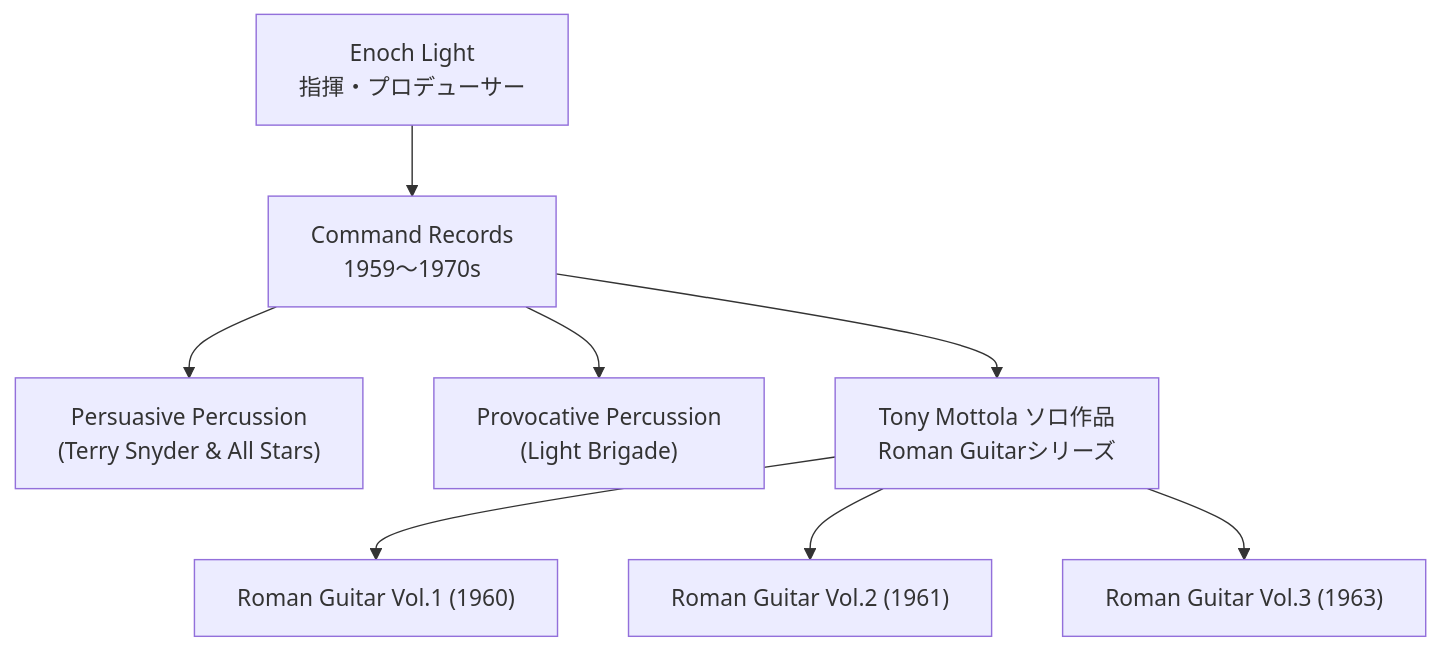
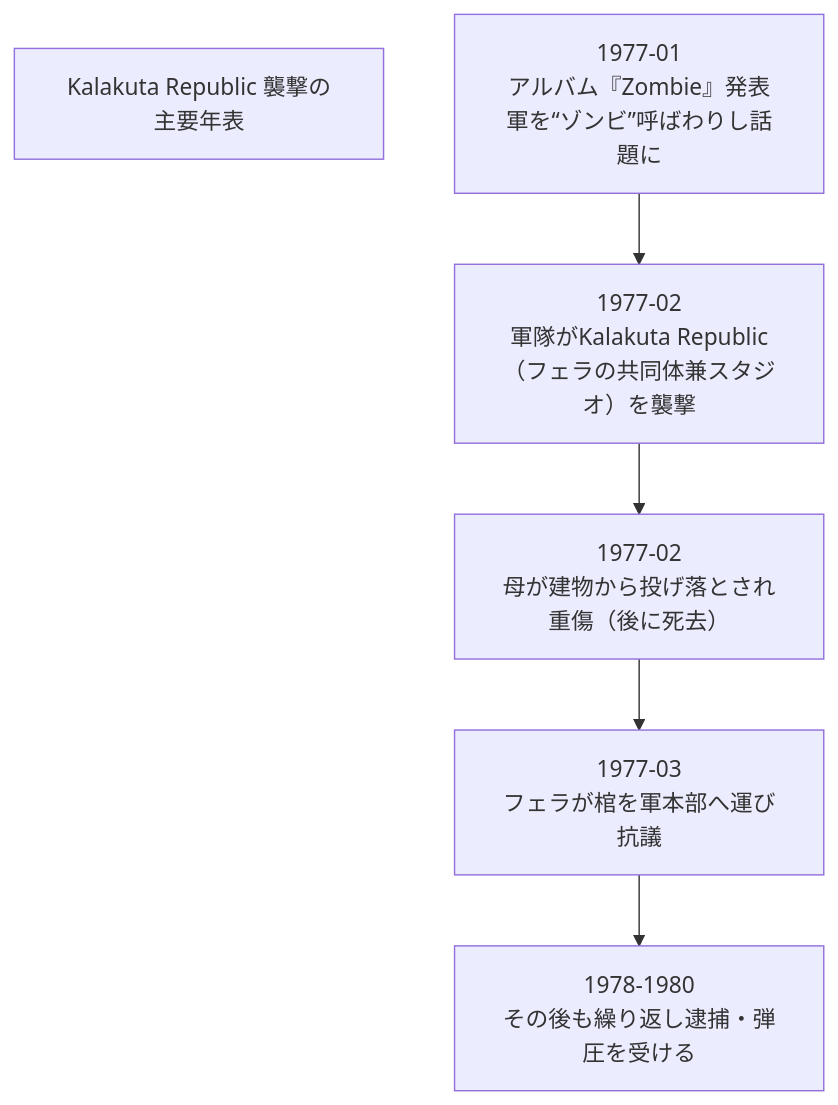
Before and after one commit to monumental-movement/monumental-movement.github.io: the second of 2 diagrams in _posts/2025-10-04-Column-Fela-Kuti.md, drawn with Mermaid. The commit also changed other lines of this file and 2 other files, not shown here.

```diff
--- a/_posts/2025-10-04-Column-Fela-Kuti.md
+++ b/_posts/2025-10-04-Column-Fela-Kuti.md
@@ -126,12 +129,16 @@
 <div class="mermaid">
 
 flowchart TD
-  A["Enoch Light<br>指揮・プロデューサー"] --> B["Command Records<br>1959〜1970s"]
-  B --> C["Persuasive Percussion<br>(Terry Snyder & All Stars)"]
-  B --> D["Provocative Percussion<br>(Light Brigade)"]
-  B --> E["Tony Mottola ソロ作品<br>Roman Guitarシリーズ"]
-  E --> F["Roman Guitar Vol.1 (1960)"]
-  E --> G["Roman Guitar Vol.2 (1961)"]
-  E --> H["Roman Guitar Vol.3 (1963)"]
+    title["Kalakuta Republic 襲撃の主要年表"]
+    A["1977-01<br/>アルバム『Zombie』発表<br/>軍を“ゾンビ”呼ばわりし話題に"]
+    B["1977-02<br/>軍隊がKalakuta Republic（フェラの共同体兼スタジオ）を襲撃"]
+    C["1977-02<br/>母が建物から投げ落とされ重傷（後に死去）"]
+    D["1977-03<br/>フェラが棺を軍本部へ運び抗議"]
+    E["1978-1980<br/>その後も繰り返し逮捕・弾圧を受ける"]
+
+    A --> B
+    B --> C
+    C --> D
+    D --> E
 
 </div>
```
